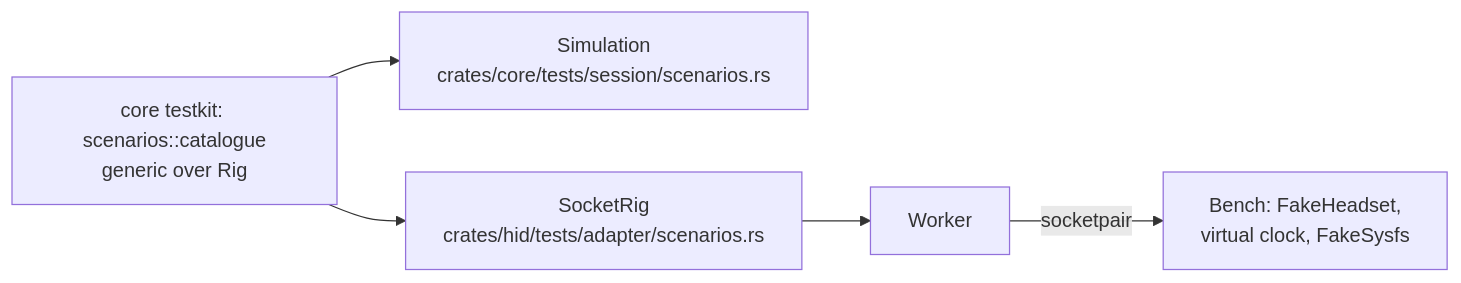
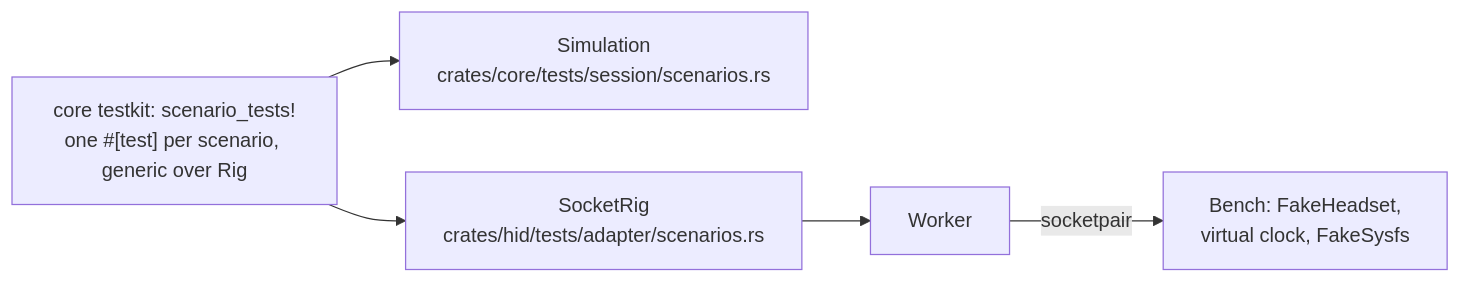
One commit to marcelogm/arctis-companion changed the fourth of 4 diagrams in docs/architecture/hid.md. Above: the diagram before and after it, drawn with Mermaid. The commit also changed other lines of this file and 13 other files, not shown here.

Commit message:
test: run each shared scenario as its own test and cover more phases

````diff
--- a/docs/architecture/hid.md
+++ b/docs/architecture/hid.md
@@ -91,7 +93,7 @@
 ```mermaid
 flowchart LR
-    Cat["core testkit: scenarios::catalogue<br/>generic over Rig"] --> Sim["Simulation<br/>crates/core/tests/session/scenarios.rs"]
+    Cat["core testkit: scenario_tests!<br/>one #[test] per scenario, generic over Rig"] --> Sim["Simulation<br/>crates/core/tests/session/scenarios.rs"]
     Cat --> Sock["SocketRig<br/>crates/hid/tests/adapter/scenarios.rs"]
     Sock --> Wk["Worker"]
     Wk -- "socketpair" --> Bench["Bench: FakeHeadset,<br/>virtual clock, FakeSysfs"]
 ```
````
